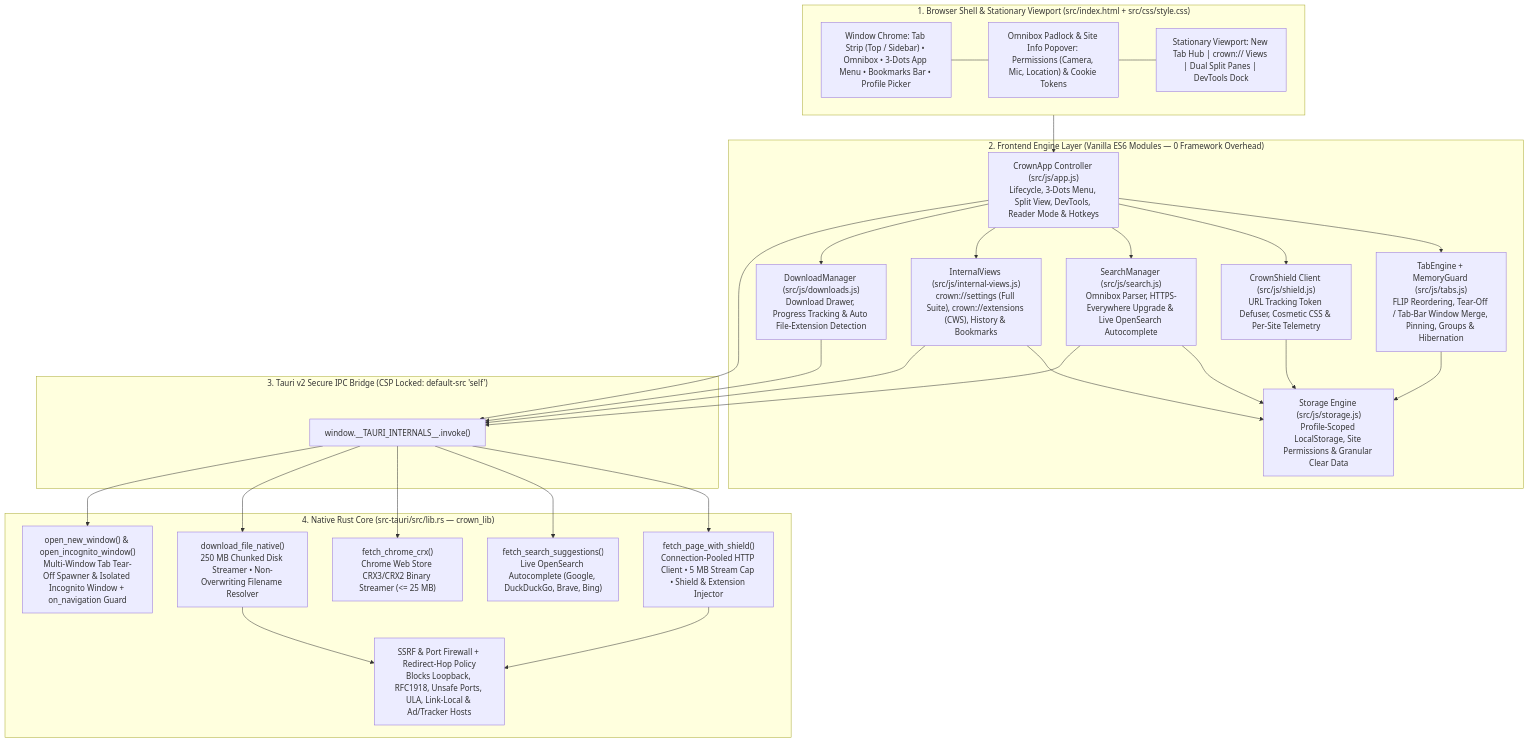
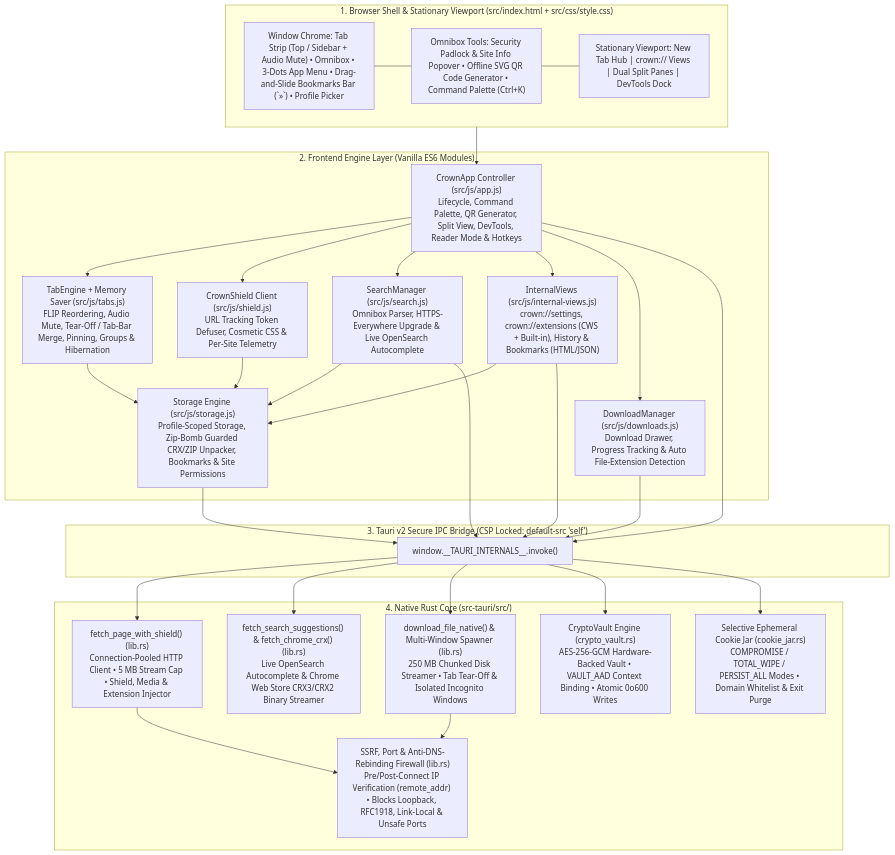
One commit to PI-Prasaad-Krishna/Crown changed the first of 2 diagrams in README.md. Above: the diagram before and after it, drawn with Mermaid. The commit also changed other lines of this file and 12 other files, not shown here.

````diff
--- a/README.md
+++ b/README.md
@@ -17,40 +17,40 @@
 ```mermaid
 flowchart TB
   subgraph UI["1. Browser Shell & Stationary Viewport (src/index.html + src/css/style.css)"]
     direction LR
-    UI_Chrome["Window Chrome: Tab Strip (Top / Sidebar) • Omnibox • 3-Dots App Menu • Bookmarks Bar • Profile Picker"]
-    UI_Padlock["Omnibox Padlock & Site Info Popover: Permissions (Camera, Mic, Location) & Cookie Tokens"]
+    UI_Chrome["Window Chrome: Tab Strip (Top / Sidebar + Audio Mute) • Omnibox • 3-Dots App Menu • Drag-and-Slide Bookmarks Bar (`»`) • Profile Picker"]
+    UI_Omnibox["Omnibox Tools: Security Padlock & Site Info Popover • Offline SVG QR Code Generator • Command Palette (Ctrl+K)"]
     UI_Viewport["Stationary Viewport: New Tab Hub | crown:// Views | Dual Split Panes | DevTools Dock"]
-    UI_Chrome --- UI_Padlock --- UI_Viewport
+    UI_Chrome --- UI_Omnibox --- UI_Viewport
   end
 
-  subgraph Frontend["2. Frontend Engine Layer (Vanilla ES6 Modules — 0 Framework Overhead)"]
-    App["CrownApp Controller (src/js/app.js)<br/>Lifecycle, 3-Dots Menu, Split View, DevTools, Reader Mode & Hotkeys"]
-    Tabs["TabEngine + MemoryGuard (src/js/tabs.js)<br/>FLIP Reordering, Tear-Off / Tab-Bar Window Merge, Pinning, Groups & Hibernation"]
+  subgraph Frontend["2. Frontend Engine Layer (Vanilla ES6 Modules)"]
+    App["CrownApp Controller (src/js/app.js)<br/>Lifecycle, Command Palette, QR Generator, Split View, DevTools, Reader Mode & Hotkeys"]
+    Tabs["TabEngine + Memory Saver (src/js/tabs.js)<br/>FLIP Reordering, Audio Mute, Tear-Off / Tab-Bar Merge, Pinning, Groups & Hibernation"]
     ShieldJS["CrownShield Client (src/js/shield.js)<br/>URL Tracking Token Defuser, Cosmetic CSS & Per-Site Telemetry"]
     Search["SearchManager (src/js/search.js)<br/>Omnibox Parser, HTTPS-Everywhere Upgrade & Live OpenSearch Autocomplete"]
-    Views["InternalViews (src/js/internal-views.js)<br/>crown://settings (Full Suite), crown://extensions (CWS), History & Bookmarks"]
+    Views["InternalViews (src/js/internal-views.js)<br/>crown://settings, crown://extensions (CWS + Built-in), History & Bookmarks (HTML/JSON)"]
     DL["DownloadManager (src/js/downloads.js)<br/>Download Drawer, Progress Tracking & Auto File-Extension Detection"]
-    Store["Storage Engine (src/js/storage.js)<br/>Profile-Scoped LocalStorage, Site Permissions & Granular Clear Data"]
+    Store["Storage Engine (src/js/storage.js)<br/>Profile-Scoped Storage, Zip-Bomb Guarded CRX/ZIP Unpacker, Bookmarks & Site Permissions"]
   end
 
   subgraph IPC["3. Tauri v2 Secure IPC Bridge (CSP Locked: default-src 'self')"]
     Invoke["window.__TAURI_INTERNALS__.invoke()"]
   end
 
-  subgraph RustCore["4. Native Rust Core (src-tauri/src/lib.rs — crown_lib)"]
-    ShieldProxy["fetch_page_with_shield()<br/>Connection-Pooled HTTP Client • 5 MB Stream Cap • Shield & Extension Injector"]
-    SSRFGuard["SSRF & Port Firewall + Redirect-Hop Policy<br/>Blocks Loopback, RFC1918, Unsafe Ports, ULA, Link-Local & Ad/Tracker Hosts"]
-    SuggestAPI["fetch_search_suggestions()<br/>Live OpenSearch Autocomplete (Google, DuckDuckGo, Brave, Bing)"]
-    CwsCrx["fetch_chrome_crx()<br/>Chrome Web Store CRX3/CRX2 Binary Streamer (<= 25 MB)"]
-    NativeDL["download_file_native()<br/>250 MB Chunked Disk Streamer • Non-Overwriting Filename Resolver"]
-    WinSpawn["open_new_window() & open_incognito_window()<br/>Multi-Window Tab Tear-Off Spawner & Isolated Incognito Window + on_navigation Guard"]
+  subgraph RustCore["4. Native Rust Core (src-tauri/src/)"]
+    ShieldProxy["fetch_page_with_shield() (lib.rs)<br/>Connection-Pooled HTTP Client • 5 MB Stream Cap • Shield, Media & Extension Injector"]
+    SSRFGuard["SSRF, Port & Anti-DNS-Rebinding Firewall (lib.rs)<br/>Pre/Post-Connect IP Verification (remote_addr) • Blocks Loopback, RFC1918, Link-Local & Unsafe Ports"]
+    Vault["CryptoVault Engine (crypto_vault.rs)<br/>AES-256-GCM Hardware-Backed Vault • VAULT_AAD Context Binding • Atomic 0o600 Writes"]
+    CookieJar["Selective Ephemeral Cookie Jar (cookie_jar.rs)<br/>COMPROMISE / TOTAL_WIPE / PERSIST_ALL Modes • Domain Whitelist & Exit Purge"]
+    SuggestAPI["fetch_search_suggestions() & fetch_chrome_crx() (lib.rs)<br/>Live OpenSearch Autocomplete & Chrome Web Store CRX3/CRX2 Binary Streamer"]
+    NativeDL["download_file_native() & Multi-Window Spawner (lib.rs)<br/>250 MB Chunked Disk Streamer • Tab Tear-Off & Isolated Incognito Windows"]
   end
 
   UI_Viewport --> App
   App --> Tabs & ShieldJS & Search & Views & DL
   Tabs & ShieldJS & Search & Views --> Store
-  App & Search & Views & DL --> Invoke
-  Invoke --> ShieldProxy & SuggestAPI & CwsCrx & NativeDL & WinSpawn
+  App & Search & Views & DL & Store --> Invoke
+  Invoke --> ShieldProxy & SuggestAPI & NativeDL & Vault & CookieJar
   ShieldProxy & NativeDL --> SSRFGuard
 ```
````
